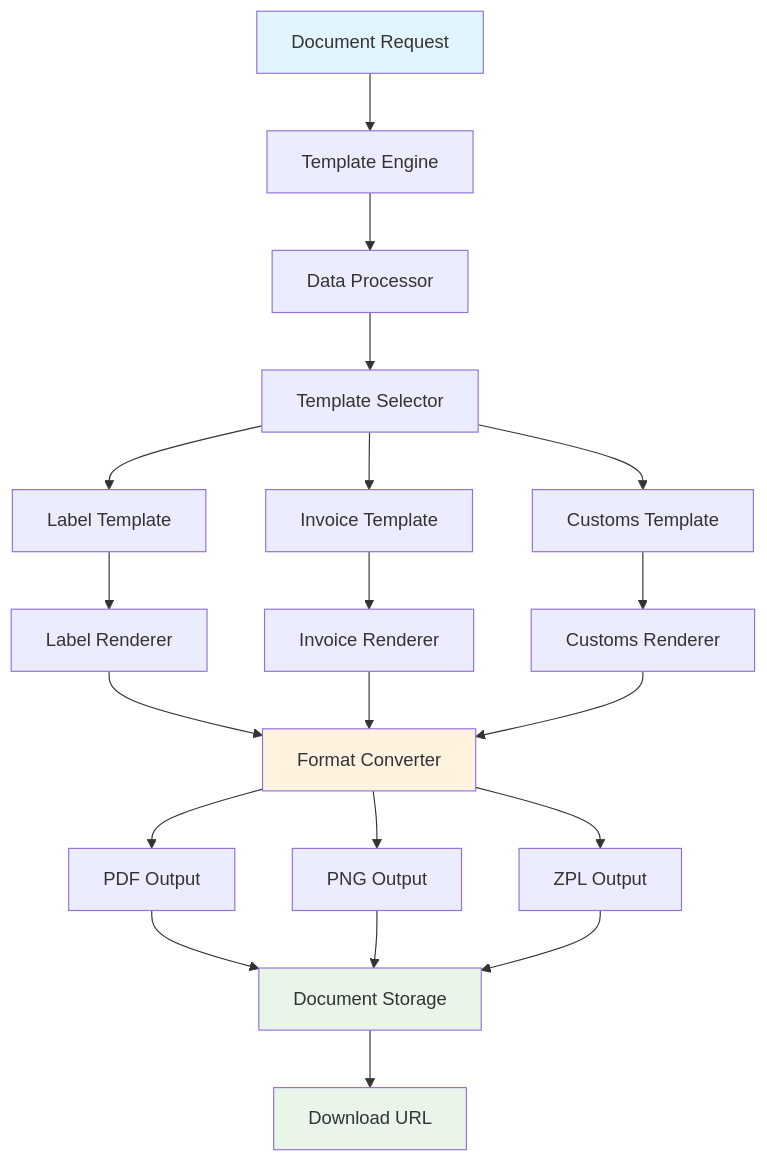
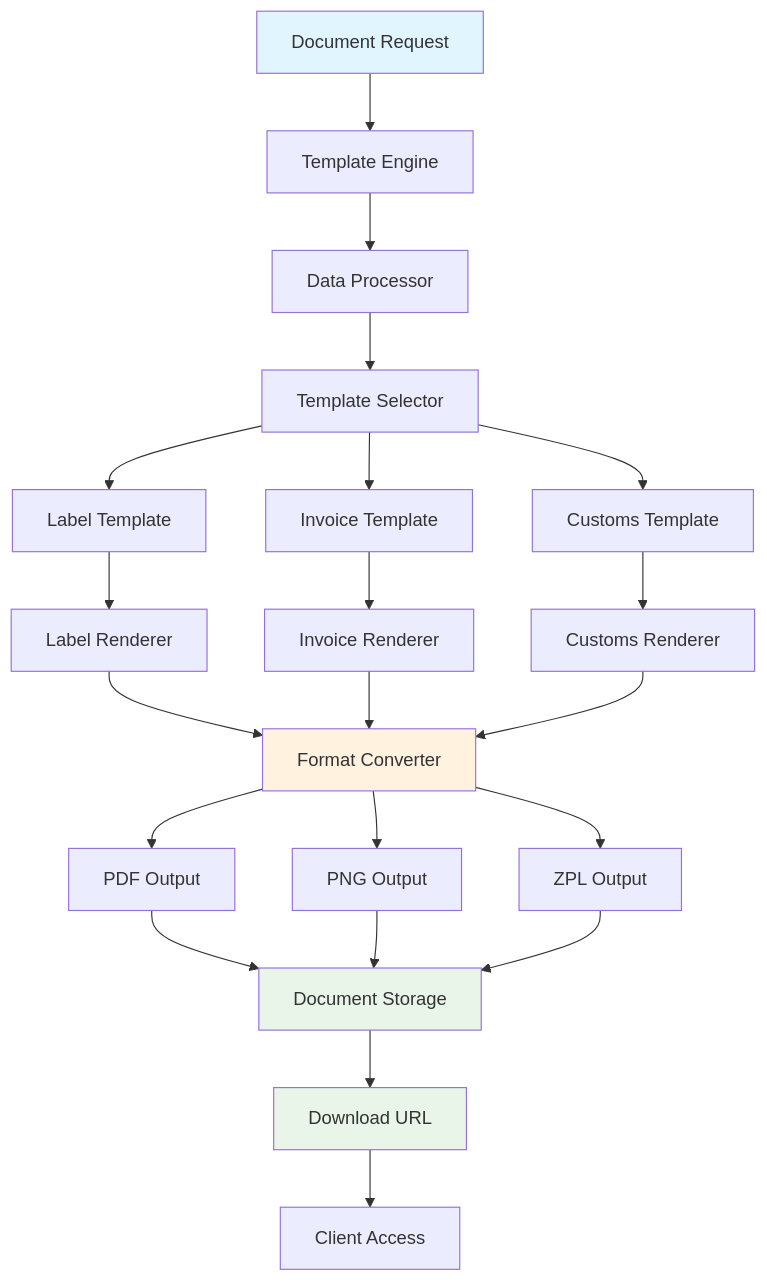
The diagram in apps/web/src/app/docs/products/document-generation/page.mdx (karrioapi/karrio), drawn with Mermaid before and after one commit. The commit also changed other lines of this file and 27 other files, not shown here.

````diff
--- a/apps/web/src/app/docs/products/document-generation/page.mdx
+++ b/apps/web/src/app/docs/products/document-generation/page.mdx
@@ -28,33 +65,34 @@
 ```mermaid
 flowchart TD
     A[Document Request] --> B[Template Engine]
     B --> C[Data Processor]
     C --> D[Template Selector]
 
     D --> E[Label Template]
     D --> F[Invoice Template]
     D --> G[Customs Template]
 
     E --> H[Label Renderer]
     F --> I[Invoice Renderer]
     G --> J[Customs Renderer]
 
     H --> K[Format Converter]
     I --> K
     J --> K
 
     K --> L[PDF Output]
     K --> M[PNG Output]
     K --> N[ZPL Output]
 
     L --> O[Document Storage]
     M --> O
     N --> O
 
     O --> P[Download URL]
+    P --> Q[Client Access]
 
     style A fill:#e1f5fe
     style K fill:#fff3e0
     style O fill:#e8f5e8
     style P fill:#e8f5e8
 ```
````
